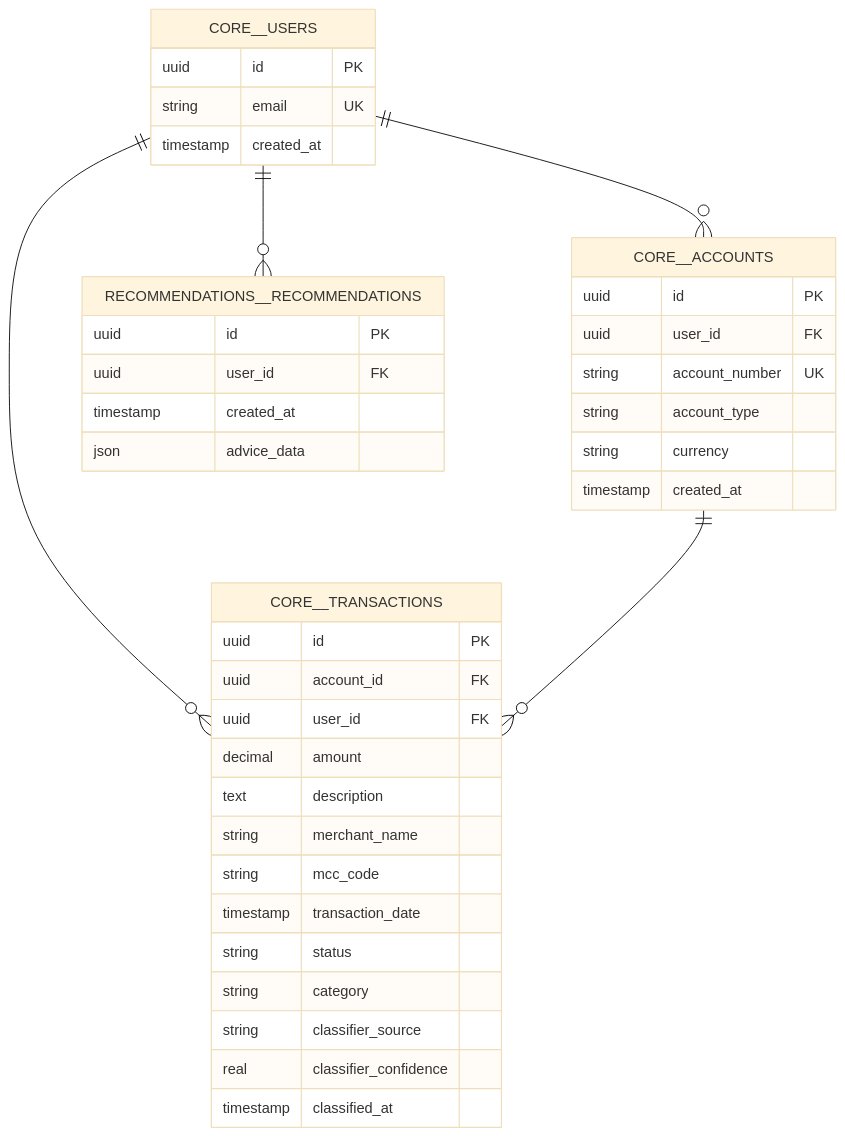
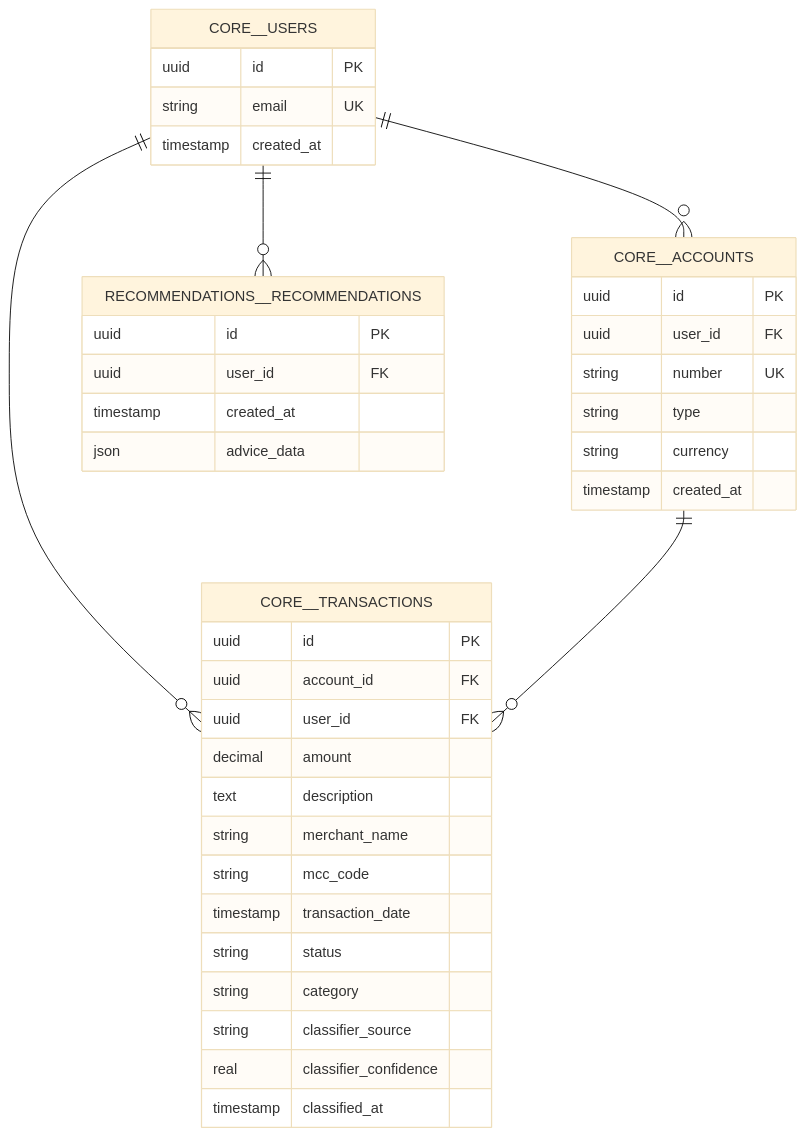
One commit to irunazushan/finSense changed the third of 7 diagrams in docs/architecture_diagrams.md. Above: the diagram before and after it, drawn with Mermaid (base theme). The commit also changed other lines of this file and 3 other files, not shown here.

````diff
--- a/docs/architecture_diagrams.md
+++ b/docs/architecture_diagrams.md
@@ -84,45 +84,45 @@
 ```mermaid
 erDiagram
     CORE__USERS {
         uuid id PK
         string email UK
         timestamp created_at
     }
 
     CORE__ACCOUNTS {
         uuid id PK
         uuid user_id FK
-        string account_number UK
-        string account_type
+        string number UK
+        string type
         string currency
         timestamp created_at
     }
 
     CORE__TRANSACTIONS {
         uuid id PK
         uuid account_id FK
         uuid user_id FK
         decimal amount
         text description
         string merchant_name
         string mcc_code
         timestamp transaction_date
         string status
         string category
         string classifier_source
         real classifier_confidence
         timestamp classified_at
     }
 
     RECOMMENDATIONS__RECOMMENDATIONS {
         uuid id PK
         uuid user_id FK
         timestamp created_at
         json advice_data
     }
 
     CORE__USERS ||--o{ CORE__ACCOUNTS : ""
     CORE__USERS ||--o{ CORE__TRANSACTIONS : ""
     CORE__ACCOUNTS ||--o{ CORE__TRANSACTIONS : ""
     CORE__USERS ||--o{ RECOMMENDATIONS__RECOMMENDATIONS : ""
 ```
````
